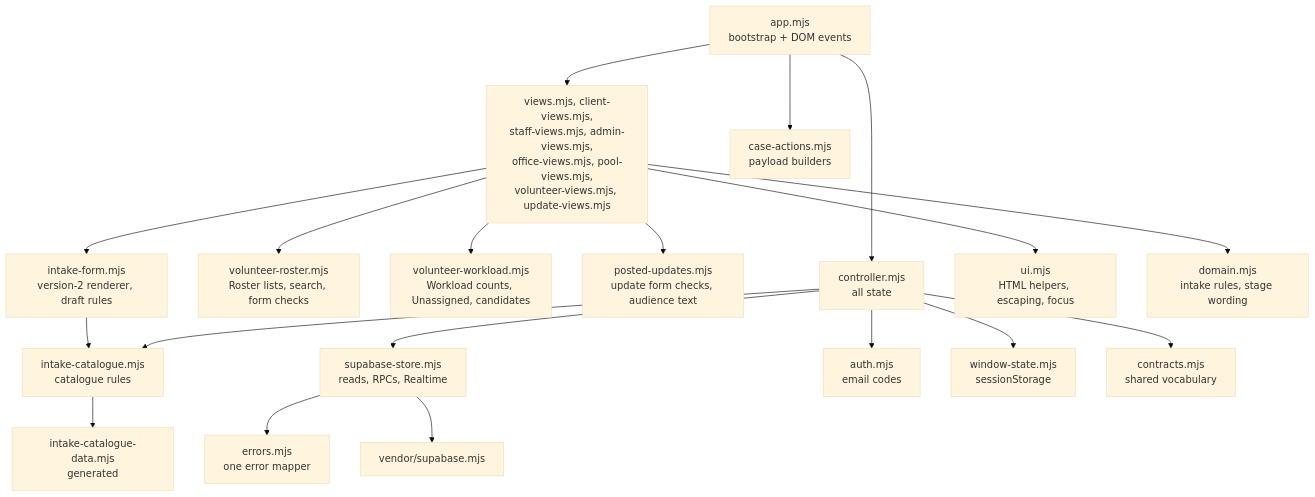
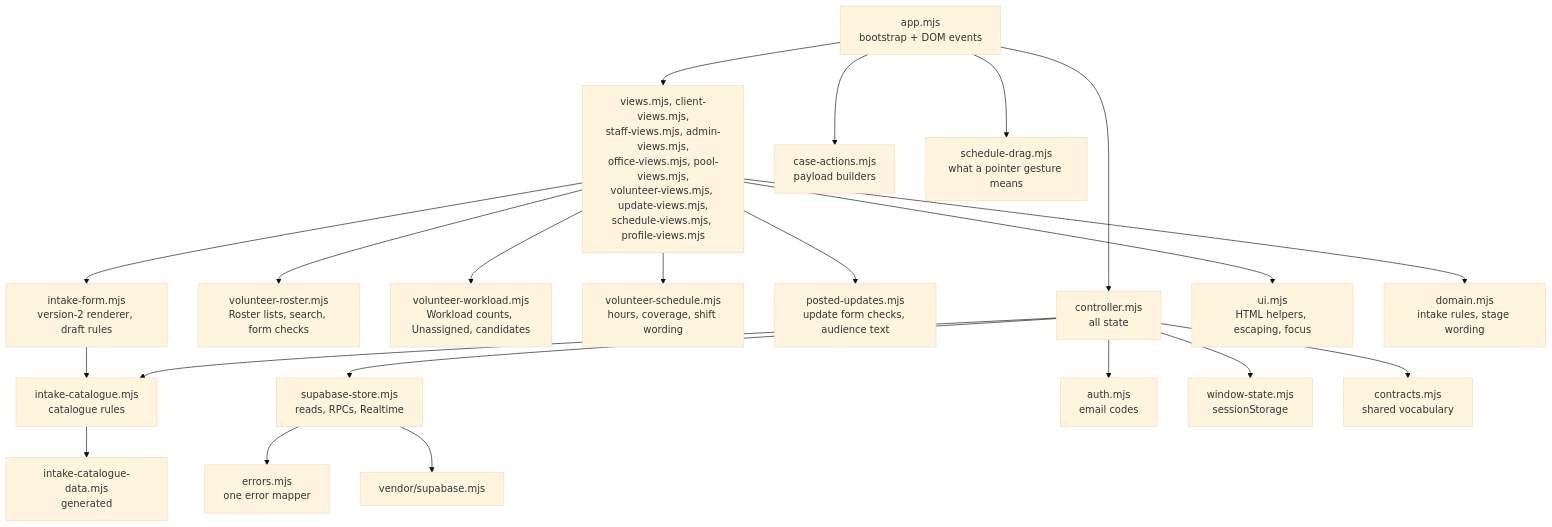
The diagram in docs/developer/frontend.md (jin-yu-yang/vitally), drawn with Mermaid (base theme) before and after one commit. The commit also changed other lines of this file and 7 other files, not shown here.

Commit message:
Schedule walk in the browser tests, and docs for the volunteer schedule (#140)

````diff
--- a/docs/developer/frontend.md
+++ b/docs/developer/frontend.md
@@ -41,21 +42,23 @@
 ```mermaid
 flowchart TD
   app["app.mjs<br/>bootstrap + DOM events"] --> controller["controller.mjs<br/>all state"]
-  app --> views["views.mjs, client-views.mjs,<br/>staff-views.mjs, admin-views.mjs,<br/>office-views.mjs, pool-views.mjs,<br/>volunteer-views.mjs, update-views.mjs"]
+  app --> views["views.mjs, client-views.mjs,<br/>staff-views.mjs, admin-views.mjs,<br/>office-views.mjs, pool-views.mjs,<br/>volunteer-views.mjs, update-views.mjs,<br/>schedule-views.mjs, profile-views.mjs"]
   app --> caseActions["case-actions.mjs<br/>payload builders"]
   views --> roster["volunteer-roster.mjs<br/>Roster lists, search, form checks"]
   views --> workload["volunteer-workload.mjs<br/>Workload counts, Unassigned, candidates"]
+  views --> schedule["volunteer-schedule.mjs<br/>hours, coverage, shift wording"]
+  app --> drag["schedule-drag.mjs<br/>what a pointer gesture means"]
   views --> postedUpdates["posted-updates.mjs<br/>update form checks, audience text"]
   views --> intakeForm["intake-form.mjs<br/>version-2 renderer, draft rules"]
   intakeForm --> catalogue["intake-catalogue.mjs<br/>catalogue rules"]
   controller --> catalogue
   catalogue --> catalogueData["intake-catalogue-data.mjs<br/>generated"]
   controller --> store["supabase-store.mjs<br/>reads, RPCs, Realtime"]
   controller --> auth["auth.mjs<br/>email codes"]
   controller --> windowState["window-state.mjs<br/>sessionStorage"]
   views --> ui["ui.mjs<br/>HTML helpers, escaping, focus"]
   views --> domain["domain.mjs<br/>intake rules, stage wording"]
   store --> errors["errors.mjs<br/>one error mapper"]
   controller --> contracts["contracts.mjs<br/>shared vocabulary"]
   store --> sdk["vendor/supabase.mjs"]
 ```
````
